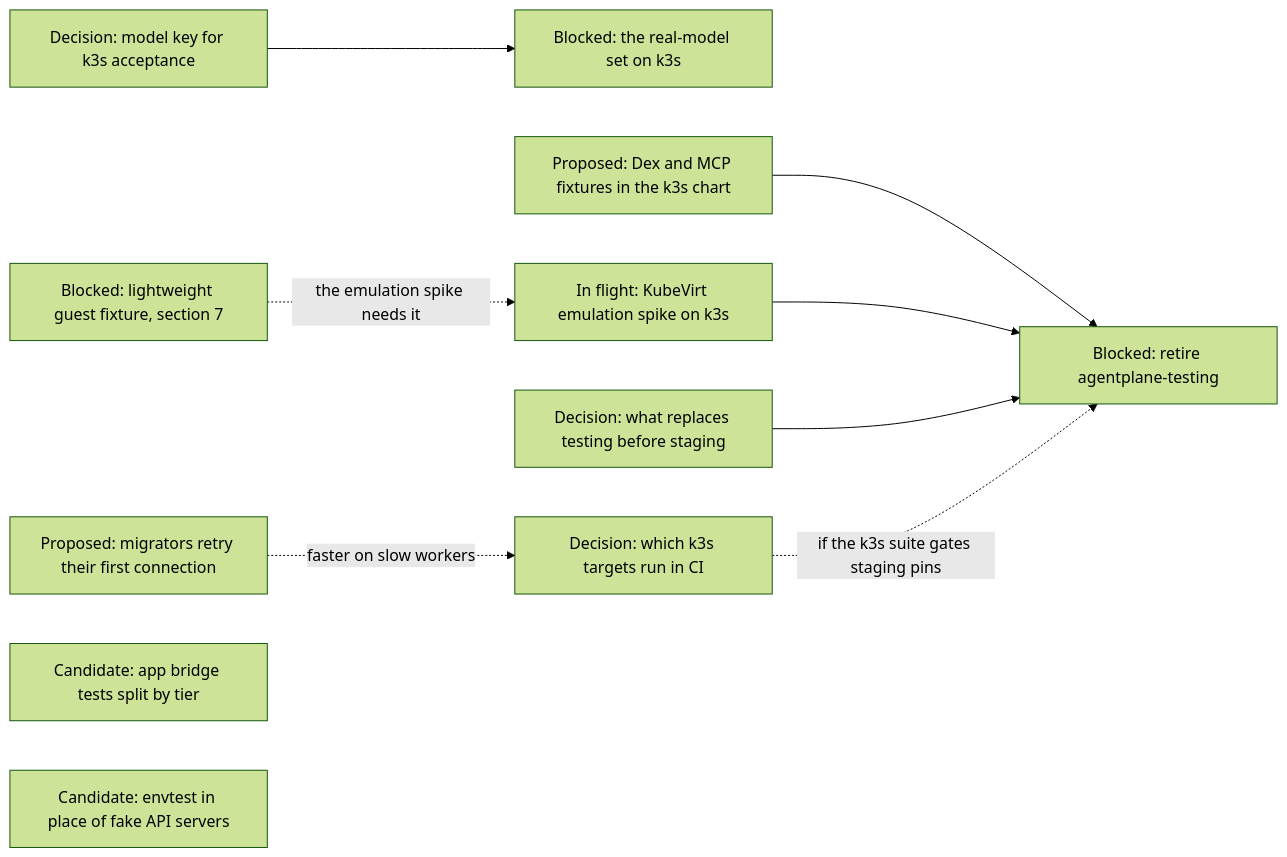
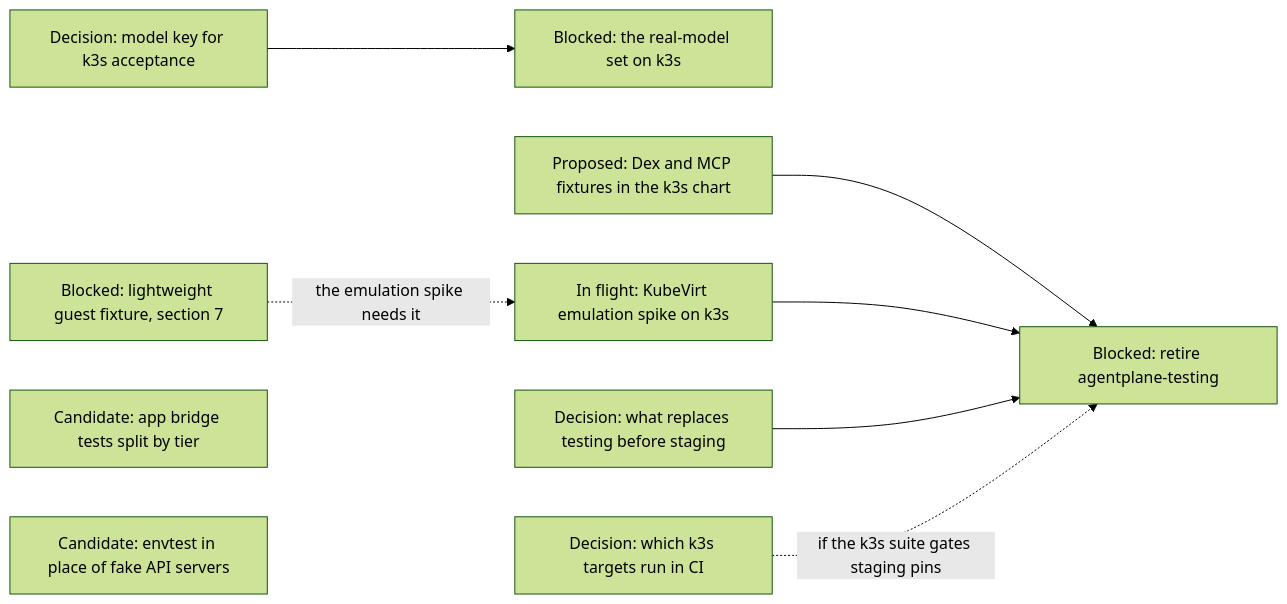
Before and after one commit to agentydragon-agent/ducktape: diagram 17 of 17 in agentplane/plans/task_dag.md, drawn with Mermaid (forest theme). The commit also changed other lines of this file and 17 other files, not shown here.

````diff
--- a/agentplane/plans/task_dag.md
+++ b/agentplane/plans/task_dag.md
@@ -1959,21 +1959,19 @@
 ```mermaid
 flowchart LR
     K3S_MODEL_CREDENTIALS[Decision: model key for k3s acceptance]
     K3S_MODEL_SCENARIOS[Blocked: the real-model set on k3s]
     K3S_FIXTURE_IDENTITY[Proposed: Dex and MCP fixtures in the k3s chart]
     K3S_VM_ACCEPTANCE[In flight: KubeVirt emulation spike on k3s]
     K3S_VM_IMAGE[Blocked: lightweight guest fixture, section 7]
     TESTING_ROLLOUT_ROLE[Decision: what replaces testing before staging]
     TESTING_ENVIRONMENT_RETIRE[Blocked: retire agentplane-testing]
-    K3S_MIGRATOR_CONNECT_RETRY[Proposed: migrators retry their first connection]
     K3S_CI_TIER[Decision: which k3s targets run in CI]
     APP_BRIDGE_TEST_SPLIT[Candidate: app bridge tests split by tier]
     FAKE_APISERVERS_TO_ENVTEST[Candidate: envtest in place of fake API servers]
     K3S_MODEL_CREDENTIALS --> K3S_MODEL_SCENARIOS
     K3S_VM_IMAGE -. the emulation spike needs it .-> K3S_VM_ACCEPTANCE
     K3S_FIXTURE_IDENTITY --> TESTING_ENVIRONMENT_RETIRE
     K3S_VM_ACCEPTANCE --> TESTING_ENVIRONMENT_RETIRE
     TESTING_ROLLOUT_ROLE --> TESTING_ENVIRONMENT_RETIRE
     K3S_CI_TIER -. if the k3s suite gates staging pins .-> TESTING_ENVIRONMENT_RETIRE
-    K3S_MIGRATOR_CONNECT_RETRY -. faster on slow workers .-> K3S_CI_TIER
 ```
````
